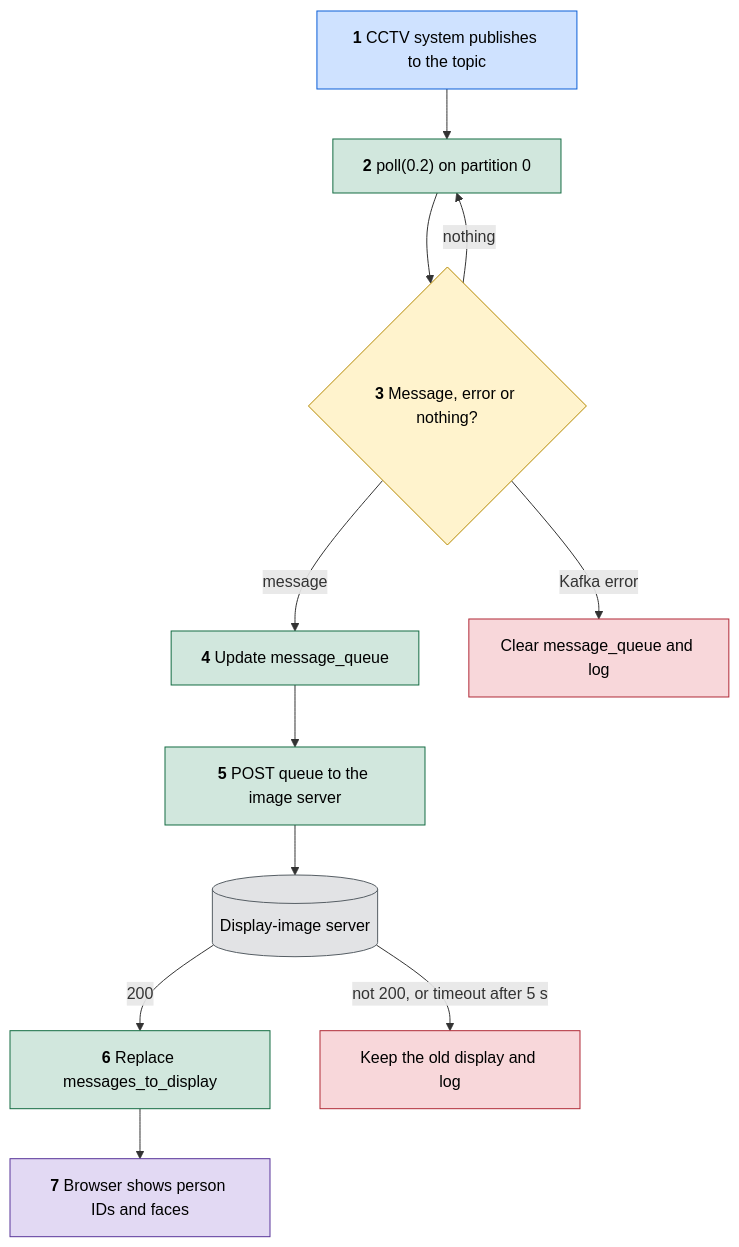
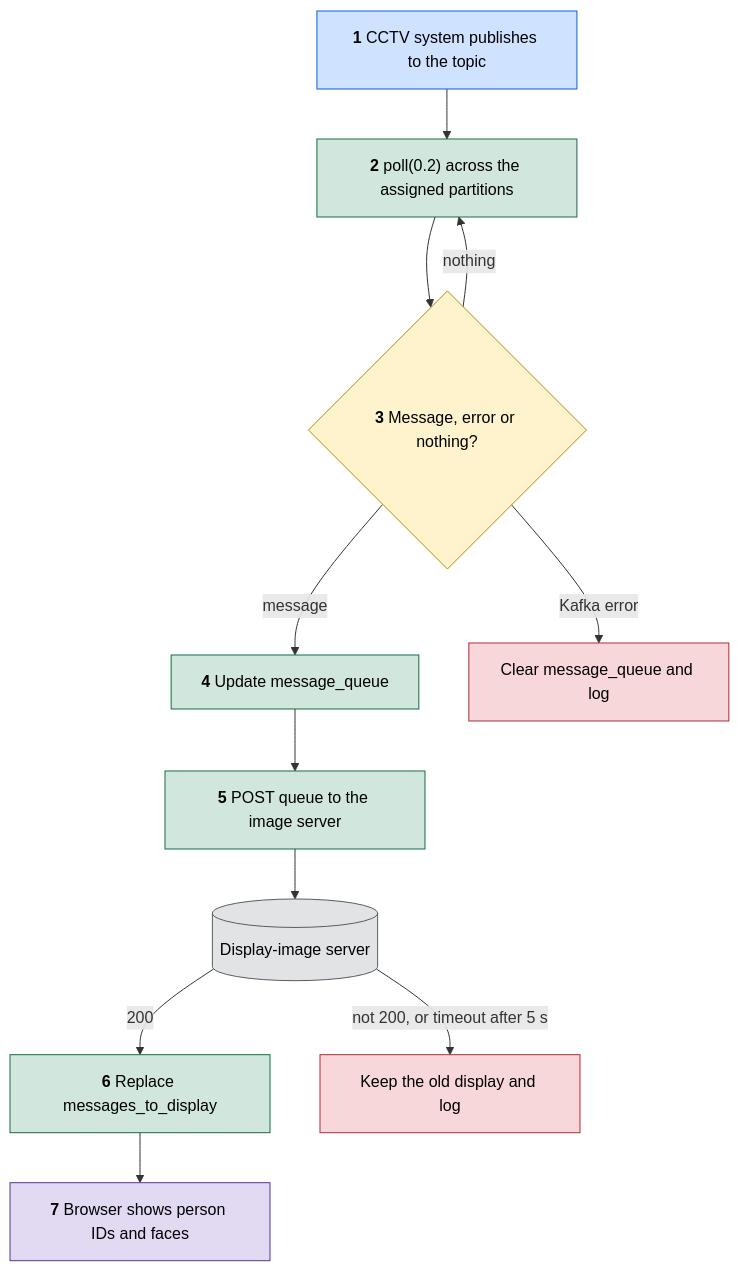
The first of 4 diagrams in docs/FLOW.md (hamza-aziz-ai/Kafka-WebApp), drawn with Mermaid before and after one commit. The commit also changed other lines of this file and 12 other files, not shown here.

````diff
--- a/docs/FLOW.md
+++ b/docs/FLOW.md
@@ -26,27 +26,27 @@
 ```mermaid
 flowchart TD
     A["`**1** CCTV system publishes to the topic`"]:::way
-    B["`**2** poll(0.2) on partition 0`"]:::step
+    B["`**2** poll(0.2) across the assigned partitions`"]:::step
     C{"`**3** Message, error or nothing?`"}:::decide
     D["`**4** Update message_queue`"]:::step
     E["`**5** POST queue to the image server`"]:::step
     F[("`Display-image server`")]:::store
     G["`**6** Replace messages_to_display`"]:::step
     H["`**7** Browser shows person IDs and faces`"]:::outcome
     I["`Clear message_queue and log`"]:::err
     J["`Keep the old display and log`"]:::err
 
     A --> B --> C
     C -->|message| D --> E --> F
     F -->|200| G --> H
     F -->|not 200, or timeout after 5 s| J
     C -->|Kafka error| I
     C -->|nothing| B
 
     classDef way fill:#cfe2ff,stroke:#0b5ed7,color:#000
     classDef step fill:#d1e7dd,stroke:#146c43,color:#000
     classDef decide fill:#fff3cd,stroke:#b58900,color:#000
     classDef outcome fill:#e2d9f3,stroke:#59359a,color:#000
     classDef err fill:#f8d7da,stroke:#b02a37,color:#000
     classDef store fill:#e2e3e5,stroke:#565e64,color:#000
 ```
````
